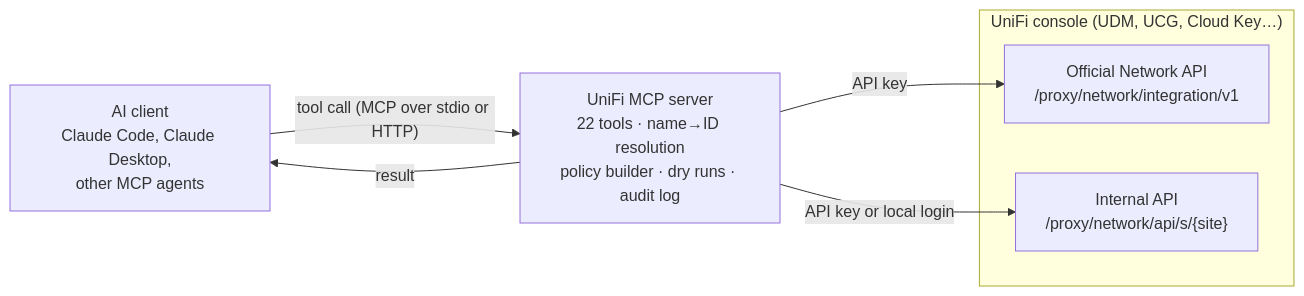
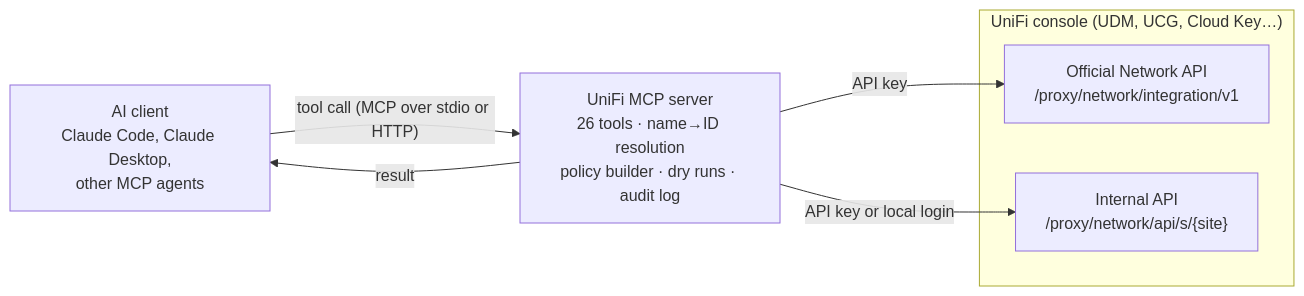
The diagram in README.md (SmugZombie/Unifi-MCP), drawn with Mermaid before and after one commit. The commit also changed other lines of this file and 8 other files, not shown here.

First line of the commit message:
Add traffic flow tools, client traffic rates, and paged raw output

````diff
--- a/README.md
+++ b/README.md
@@ -28,11 +28,11 @@
 ```mermaid
 flowchart LR
-    A["AI client<br/>Claude Code, Claude Desktop,<br/>other MCP agents"] -- "tool call (MCP over stdio or HTTP)" --> S["UniFi MCP server<br/>22 tools · name→ID resolution<br/>policy builder · dry runs · audit log"]
+    A["AI client<br/>Claude Code, Claude Desktop,<br/>other MCP agents"] -- "tool call (MCP over stdio or HTTP)" --> S["UniFi MCP server<br/>26 tools · name→ID resolution<br/>policy builder · dry runs · audit log"]
     S -- result --> A
     S -- "API key" --> O["Official Network API<br/>/proxy/network/integration/v1"]
     S -- "API key or local login" --> I["Internal API<br/>/proxy/network/api/s/{site}"]
     subgraph Console["UniFi console (UDM, UCG, Cloud Key…)"]
         O
         I
     end
 ```
````
